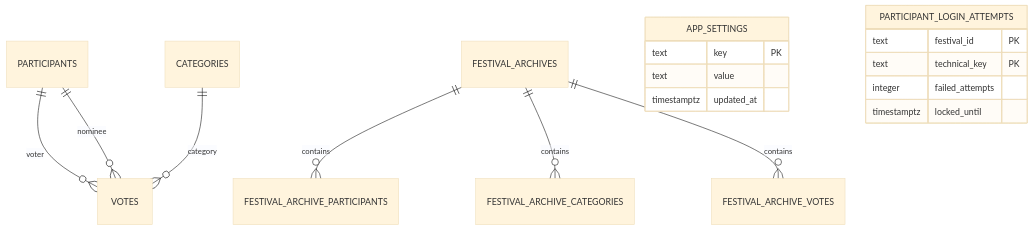
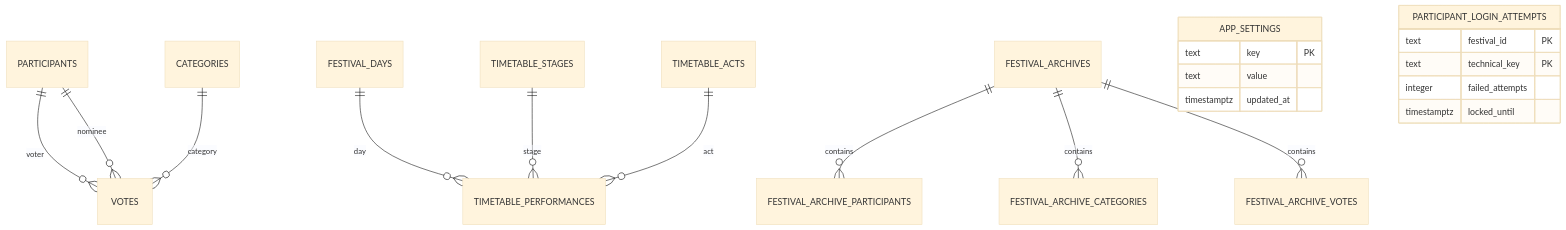
The diagram in docs/database-schema.md (SpechtJohannes/hurricane-awards), drawn with Mermaid (base theme) before and after one commit. The commit also changed other lines of this file and 12 other files, not shown here.

````diff
--- a/docs/database-schema.md
+++ b/docs/database-schema.md
@@ -295,23 +373,26 @@
 ```mermaid
 erDiagram
   PARTICIPANTS ||--o{ VOTES : voter
   PARTICIPANTS ||--o{ VOTES : nominee
   CATEGORIES ||--o{ VOTES : category
+  FESTIVAL_DAYS ||--o{ TIMETABLE_PERFORMANCES : day
+  TIMETABLE_STAGES ||--o{ TIMETABLE_PERFORMANCES : stage
+  TIMETABLE_ACTS ||--o{ TIMETABLE_PERFORMANCES : act
 
   FESTIVAL_ARCHIVES ||--o{ FESTIVAL_ARCHIVE_PARTICIPANTS : contains
   FESTIVAL_ARCHIVES ||--o{ FESTIVAL_ARCHIVE_CATEGORIES : contains
   FESTIVAL_ARCHIVES ||--o{ FESTIVAL_ARCHIVE_VOTES : contains
 
   APP_SETTINGS {
     text key PK
     text value
     timestamptz updated_at
   }
 
   PARTICIPANT_LOGIN_ATTEMPTS {
     text festival_id PK
     text technical_key PK
     integer failed_attempts
     timestamptz locked_until
   }
 ```
````
